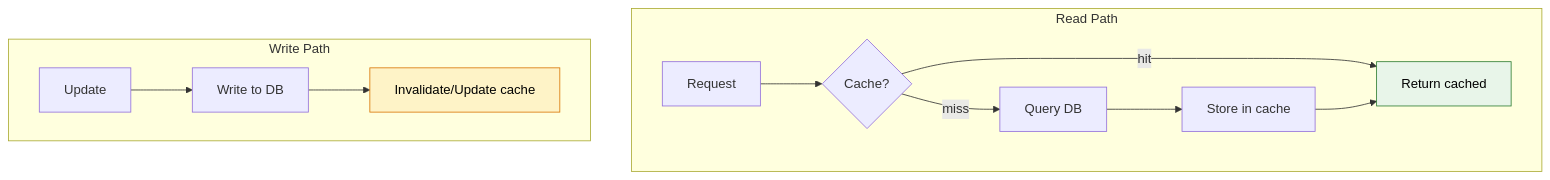
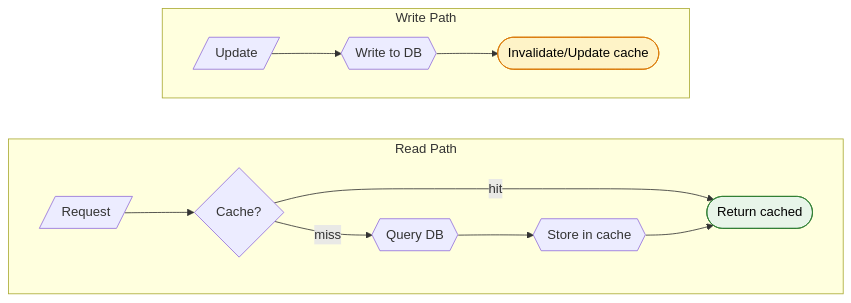
One commit to saivamsikaruturi/vamsilabs-dev-notes-main changed the second of 2 diagrams in docs/springboot/caching.md. Above: the diagram before and after it, drawn with Mermaid. The commit also changed other lines of this file and 146 other files, not shown here.

Commit message:
Horizontal diagrams, UML class diagrams, typography overhaul, and permalink cleanup

````diff
--- a/docs/springboot/caching.md
+++ b/docs/springboot/caching.md
@@ -191,16 +389,18 @@
 ```mermaid
-flowchart TD
+flowchart LR
     subgraph Read["Read Path"]
-        R1["Request"] --> RC{"Cache?"}
-        RC -->|hit| RR["Return cached"]
-        RC -->|miss| RD["Query DB"] --> RS["Store in cache"] --> RR
+        direction LR
+        R1[/"Request"/] --> RC{"Cache?"}
+        RC -->|hit| RR(["Return cached"])
+        RC -->|miss| RD{{"Query DB"}} --> RS{{"Store in cache"}} --> RR
     end
     
     subgraph Write["Write Path"]
-        W1["Update"] --> WD["Write to DB"]
-        WD --> WC["Invalidate/Update cache"]
+        direction LR
+        W1[/"Update"/] --> WD{{"Write to DB"}}
+        WD --> WC(["Invalidate/Update cache"])
     end
 
     style RR fill:#E8F5E9,stroke:#2E7D32,color:#000
     style WC fill:#FEF3C7,stroke:#D97706,color:#000
 ```
````
